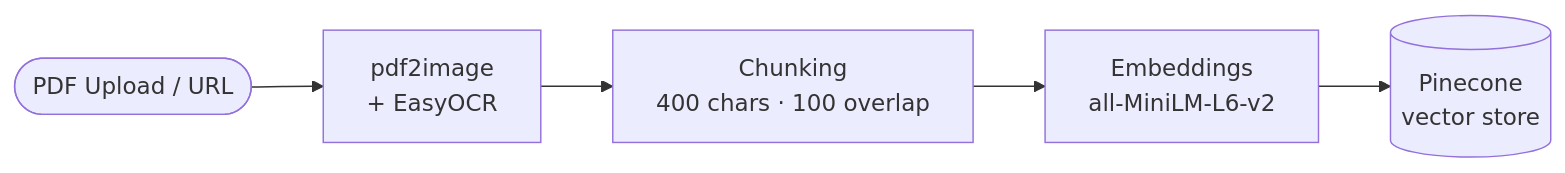
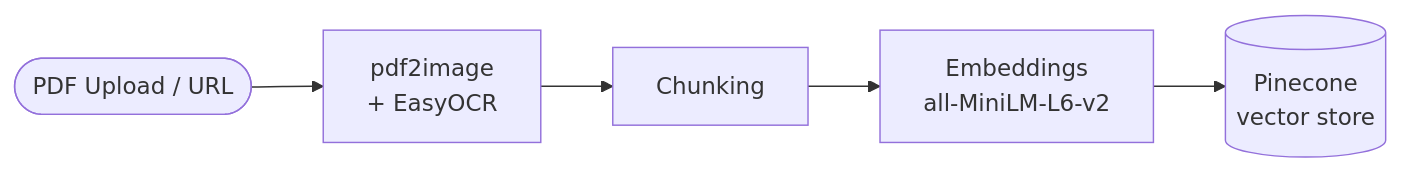
Before and after one commit to harshchandgotia/DocSearch-AI: the first of 2 diagrams in README.md, drawn with Mermaid.

````diff
--- a/README.md
+++ b/README.md
@@ -23,7 +23,7 @@
 ```mermaid
 flowchart LR
     A([PDF Upload / URL]) --> B[pdf2image\n+ EasyOCR]
-    B --> C[Chunking\n400 chars · 100 overlap]
+    B --> C[Chunking\n]
     C --> D[Embeddings\nall-MiniLM-L6-v2]
     D --> E[(Pinecone\nvector store)]
 ```
````
